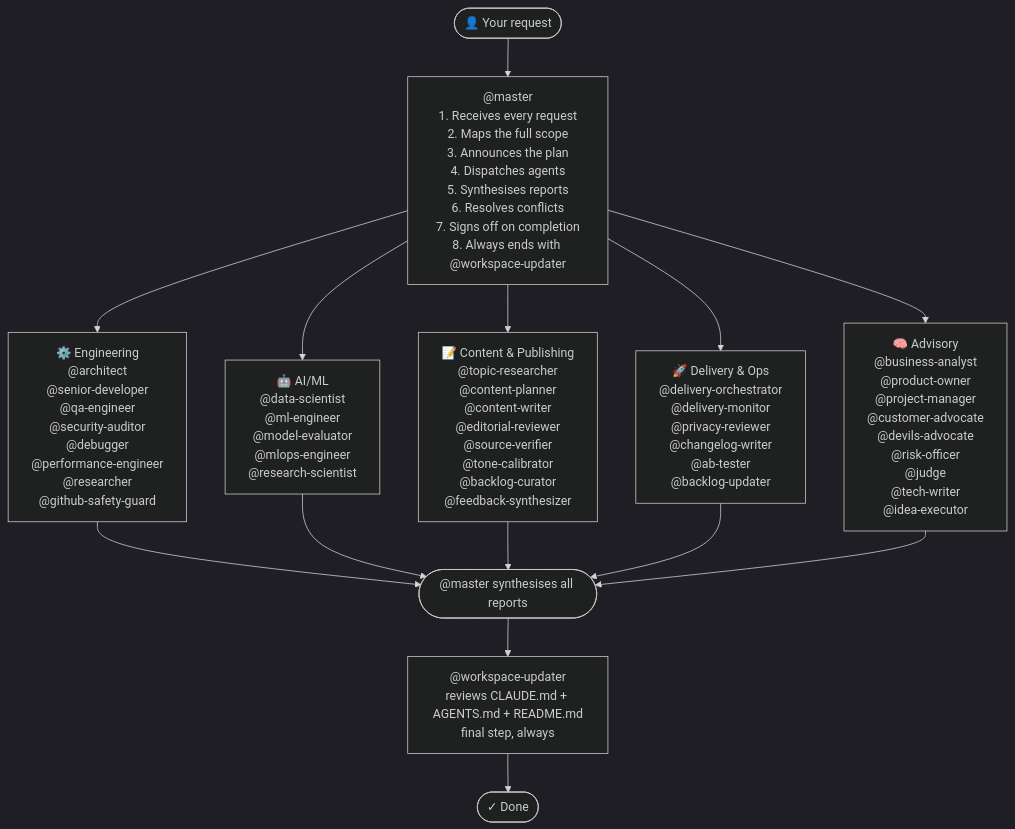
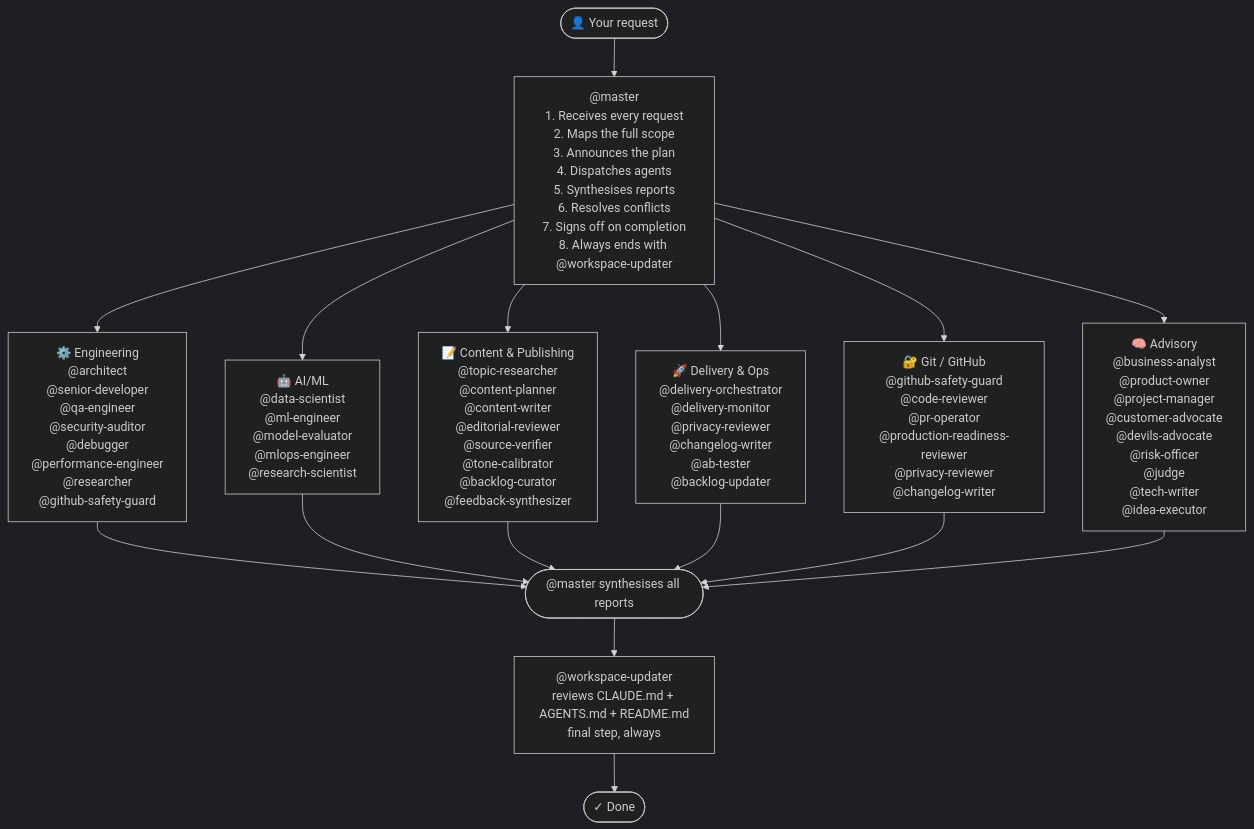
One commit to Konstantinos-Sakellariou/claude-team-kit changed the diagram in README.md. Above: the diagram before and after it, drawn with Mermaid (dark theme). The commit also changed other lines of this file and 16 other files, not shown here.

````diff
--- a/README.md
+++ b/README.md
@@ -112,25 +124,27 @@
 ```mermaid
 flowchart TD
     USER(["👤 Your request"])
     USER --> MASTER
 
     MASTER["@master\n1. Receives every request\n2. Maps the full scope\n3. Announces the plan\n4. Dispatches agents\n5. Synthesises reports\n6. Resolves conflicts\n7. Signs off on completion\n8. Always ends with @workspace-updater"]
 
     MASTER --> ENG["⚙️ Engineering\n@architect\n@senior-developer\n@qa-engineer\n@security-auditor\n@debugger\n@performance-engineer\n@researcher\n@github-safety-guard"]
     MASTER --> ML["🤖 AI/ML\n@data-scientist\n@ml-engineer\n@model-evaluator\n@mlops-engineer\n@research-scientist"]
 
     MASTER --> CONT["📝 Content & Publishing\n@topic-researcher\n@content-planner\n@content-writer\n@editorial-reviewer\n@source-verifier\n@tone-calibrator\n@backlog-curator\n@feedback-synthesizer"]
 
     MASTER --> DELIV["🚀 Delivery & Ops\n@delivery-orchestrator\n@delivery-monitor\n@privacy-reviewer\n@changelog-writer\n@ab-tester\n@backlog-updater"]
+    MASTER --> GIT["🔐 Git / GitHub\n@github-safety-guard\n@code-reviewer\n@pr-operator\n@production-readiness-reviewer\n@privacy-reviewer\n@changelog-writer"]
 
     MASTER --> ADV["🧠 Advisory\n@business-analyst\n@product-owner\n@project-manager\n@customer-advocate\n@devils-advocate\n@risk-officer\n@judge\n@tech-writer\n@idea-executor"]
 
     ENG --> SYNTH(["@master synthesises all reports"])
     ML --> SYNTH
     CONT --> SYNTH
     DELIV --> SYNTH
+    GIT --> SYNTH
     ADV --> SYNTH
 
     SYNTH --> WU["@workspace-updater\nreviews CLAUDE.md + AGENTS.md + README.md\nfinal step, always"]
     WU --> DONE(["✓ Done"])
 ```
````
